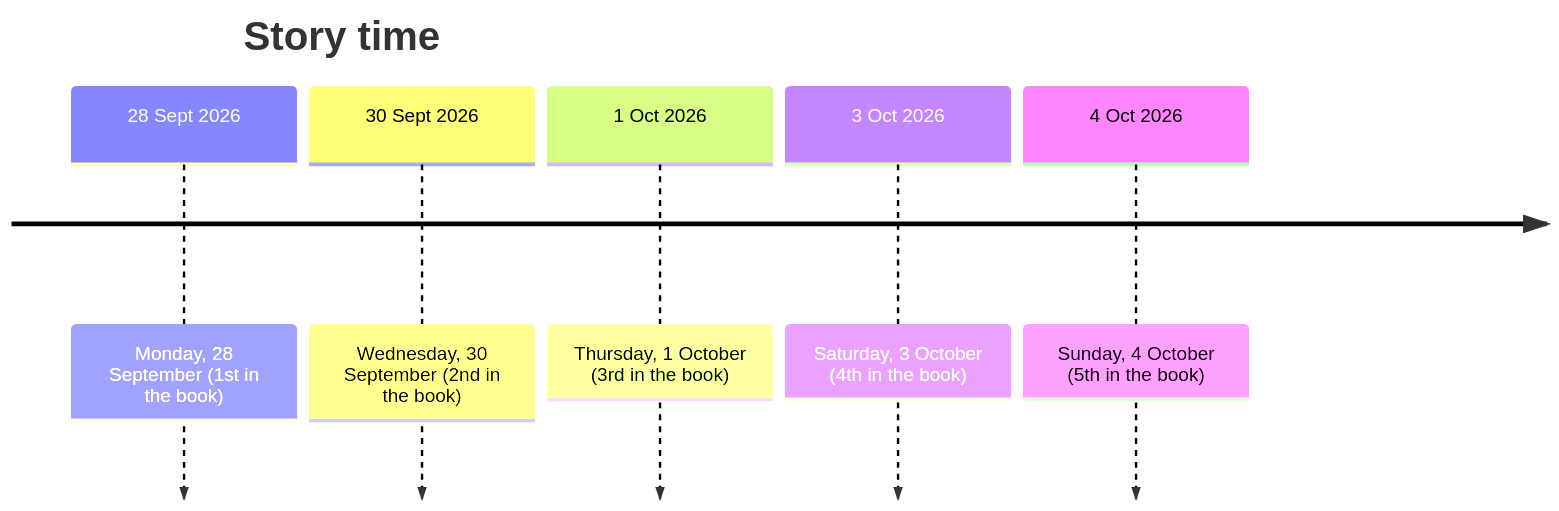
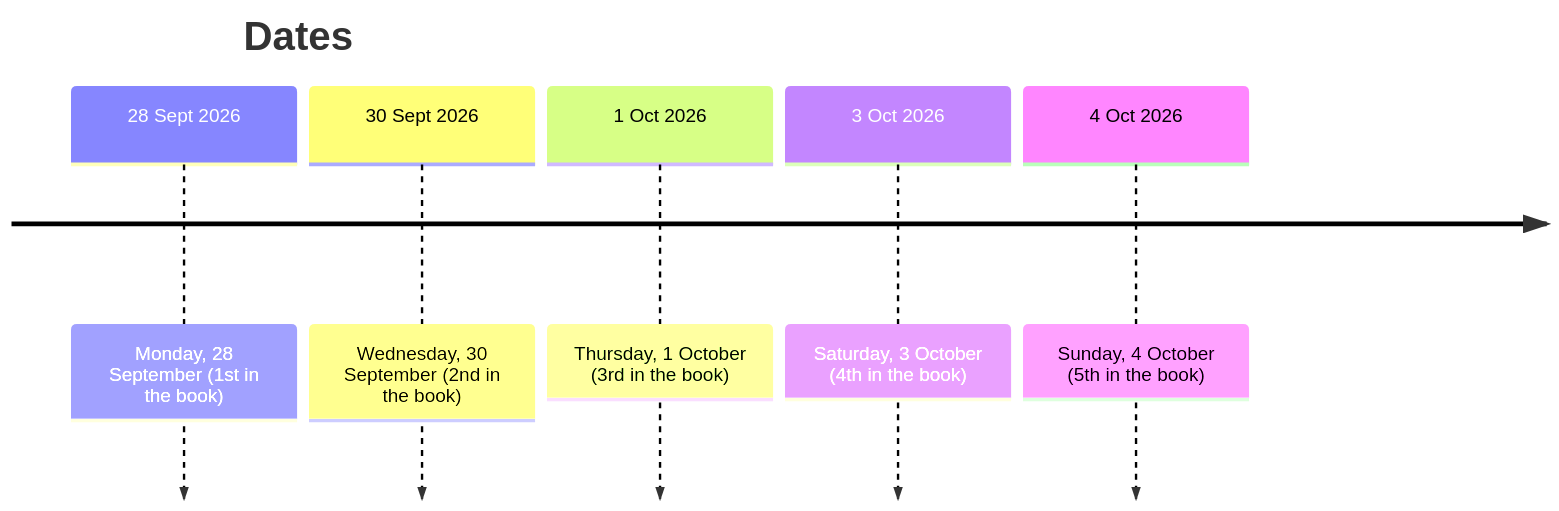
Before and after one commit to heffrey78/writer: the third of 3 diagrams in examples/sample-journal/diagrams/README.md, drawn with Mermaid. The commit also changed other lines of this file and 72 other files, not shown here.

````diff
--- a/examples/sample-journal/diagrams/README.md
+++ b/examples/sample-journal/diagrams/README.md
@@ -43,9 +43,9 @@
 ```mermaid
 timeline
-  title Story time
+  title Dates
   28 Sept 2026 : Monday, 28 September (1st in the book)
   30 Sept 2026 : Wednesday, 30 September (2nd in the book)
   1 Oct 2026 : Thursday, 1 October (3rd in the book)
   3 Oct 2026 : Saturday, 3 October (4th in the book)
   4 Oct 2026 : Sunday, 4 October (5th in the book)
 ```
````
